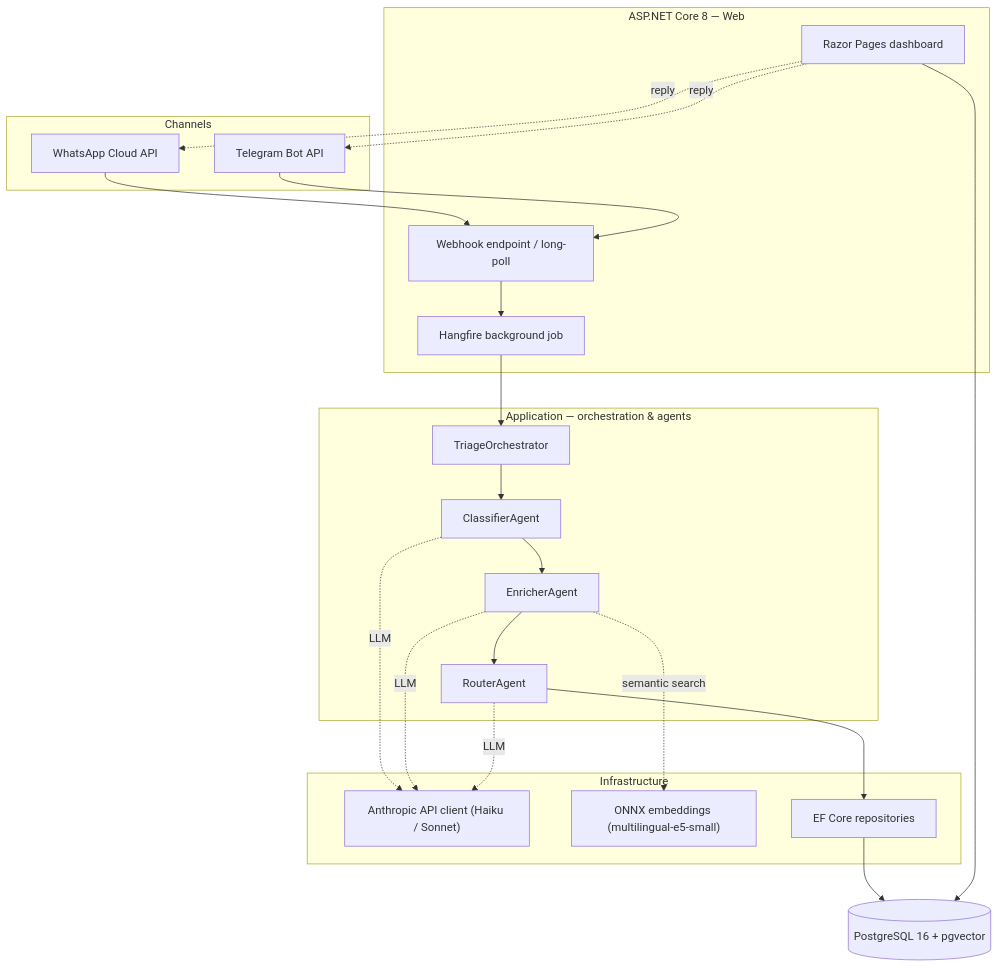
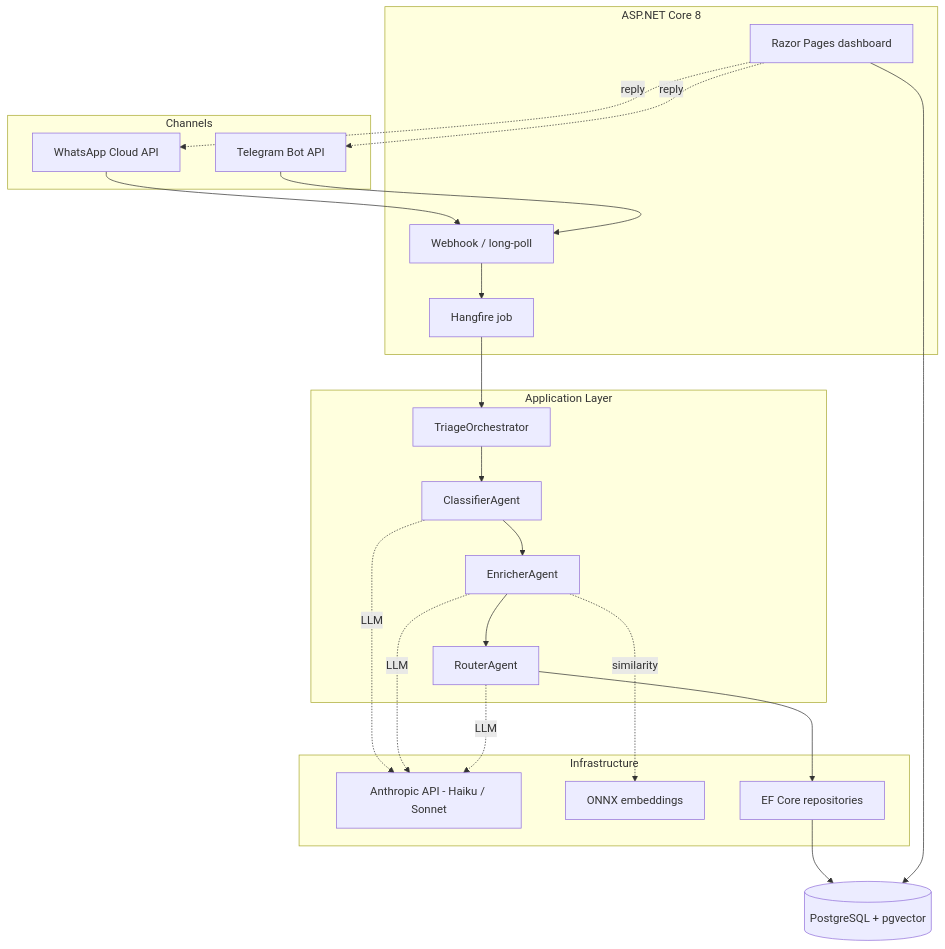
One commit to arslan-kursad/apartment-triage changed the first of 4 diagrams in README.md. Above: the diagram before and after it, drawn with Mermaid. The commit also changed other lines of this file, not shown here.

Commit message:
fix(docs): repair blank Mermaid diagrams in README
Architecture: remove em-dash and & from subgraph labels (unsupported chars)
Data Model: replace non-standard types (guid/bytea/vector) with string/int/bool

````diff
--- a/README.md
+++ b/README.md
@@ -46,42 +46,42 @@
 ```mermaid
 flowchart TB
-    subgraph Channels["Channels"]
-        WA["WhatsApp Cloud API"]
-        TG["Telegram Bot API"]
+    subgraph Channels
+        WA[WhatsApp Cloud API]
+        TG[Telegram Bot API]
     end
 
-    subgraph Web["ASP.NET Core 8 — Web"]
-        WH["Webhook endpoint / long-poll"]
-        JOB["Hangfire background job"]
-        DASH["Razor Pages dashboard"]
+    subgraph Web[ASP.NET Core 8]
+        WH[Webhook / long-poll]
+        JOB[Hangfire job]
+        DASH[Razor Pages dashboard]
     end
 
-    subgraph App["Application — orchestration & agents"]
-        ORCH["TriageOrchestrator"]
-        CLS["ClassifierAgent"]
-        ENR["EnricherAgent"]
-        RTR["RouterAgent"]
+    subgraph App[Application Layer]
+        ORCH[TriageOrchestrator]
+        CLS[ClassifierAgent]
+        ENR[EnricherAgent]
+        RTR[RouterAgent]
     end
 
-    subgraph Infra["Infrastructure"]
-        ANT["Anthropic API client (Haiku / Sonnet)"]
-        ONNX["ONNX embeddings (multilingual-e5-small)"]
-        REPO["EF Core repositories"]
+    subgraph Infra[Infrastructure]
+        ANT[Anthropic API - Haiku / Sonnet]
+        ONNX[ONNX embeddings]
+        REPO[EF Core repositories]
     end
 
-    DB[("PostgreSQL 16 + pgvector")]
+    DB[(PostgreSQL + pgvector)]
 
     WA --> WH
     TG --> WH
     WH --> JOB
     JOB --> ORCH
     ORCH --> CLS --> ENR --> RTR
-    ENR -.->|semantic search| ONNX
+    ENR -.->|similarity| ONNX
     CLS -.->|LLM| ANT
     ENR -.->|LLM| ANT
     RTR -.->|LLM| ANT
     RTR --> REPO --> DB
     DASH --> DB
     DASH -.->|reply| WA
     DASH -.->|reply| TG
 ```
````
